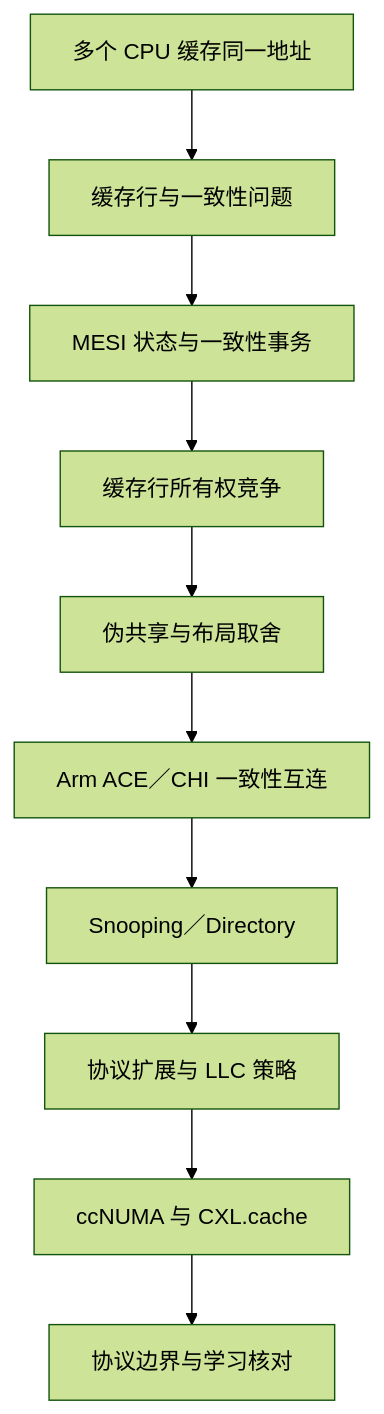
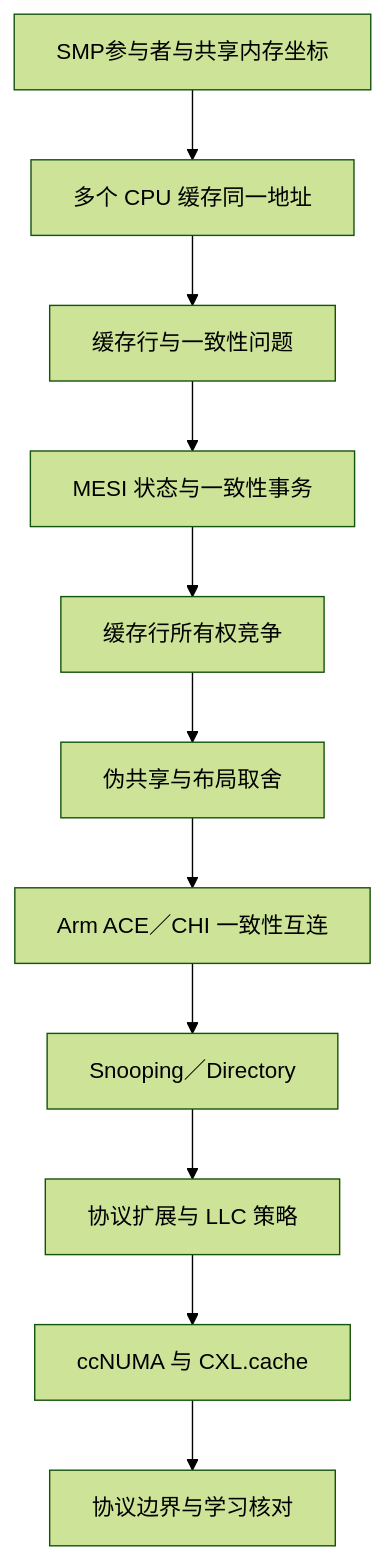
The diagram in knowledge/foundations/computer_architecture/cache_coherence/大纲.md (FormingSystem/linux_note), drawn with Mermaid (forest theme) before and after one commit. The commit also changed other lines of this file and 7 other files, not shown here.

````diff
--- a/knowledge/foundations/computer_architecture/cache_coherence/大纲.md
+++ b/knowledge/foundations/computer_architecture/cache_coherence/大纲.md
@@ -19,12 +19,13 @@
 ```mermaid
 flowchart TD
-    A[多个 CPU 缓存同一地址] --> B[缓存行与一致性问题]
+    S[SMP参与者与共享内存坐标] --> A[多个 CPU 缓存同一地址]
+    A --> B[缓存行与一致性问题]
     B --> C[MESI 状态与一致性事务]
     C --> D[缓存行所有权竞争]
     D --> E[伪共享与布局取舍]
     E --> F[Arm ACE／CHI 一致性互连]
     F --> G[Snooping／Directory]
     G --> H[协议扩展与 LLC 策略]
     H --> I[ccNUMA 与 CXL.cache]
     I --> J[协议边界与学习核对]
 ```
````
